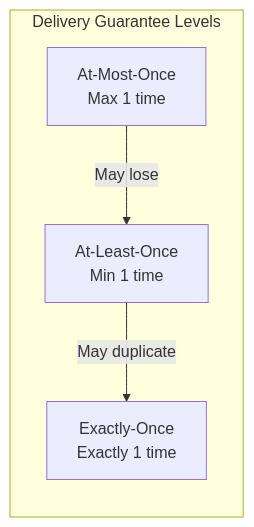
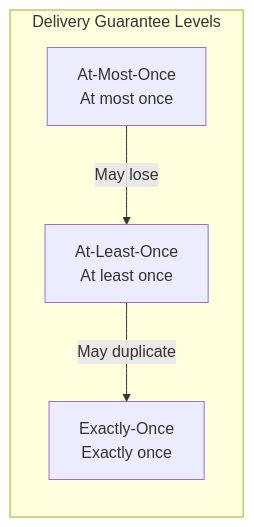
The first of 2 diagrams in content/en/docs/kafka/concepts/transactions.md (advanced-beginner/advanced-beginner.github.io), drawn with Mermaid before and after one commit. The commit also changed other lines of this file and 7 other files, not shown here.

````diff
--- a/content/en/docs/kafka/concepts/transactions.md
+++ b/content/en/docs/kafka/concepts/transactions.md
@@ -13,11 +35,11 @@
 ```mermaid
 flowchart LR
     subgraph Levels["Delivery Guarantee Levels"]
-        AMO["At-Most-Once<br>Max 1 time"]
-        ALO["At-Least-Once<br>Min 1 time"]
-        EOS["Exactly-Once<br>Exactly 1 time"]
+        AMO["At-Most-Once<br>At most once"]
+        ALO["At-Least-Once<br>At least once"]
+        EOS["Exactly-Once<br>Exactly once"]
     end
 
     AMO -->|"May lose"| ALO
     ALO -->|"May duplicate"| EOS
 ```
````
